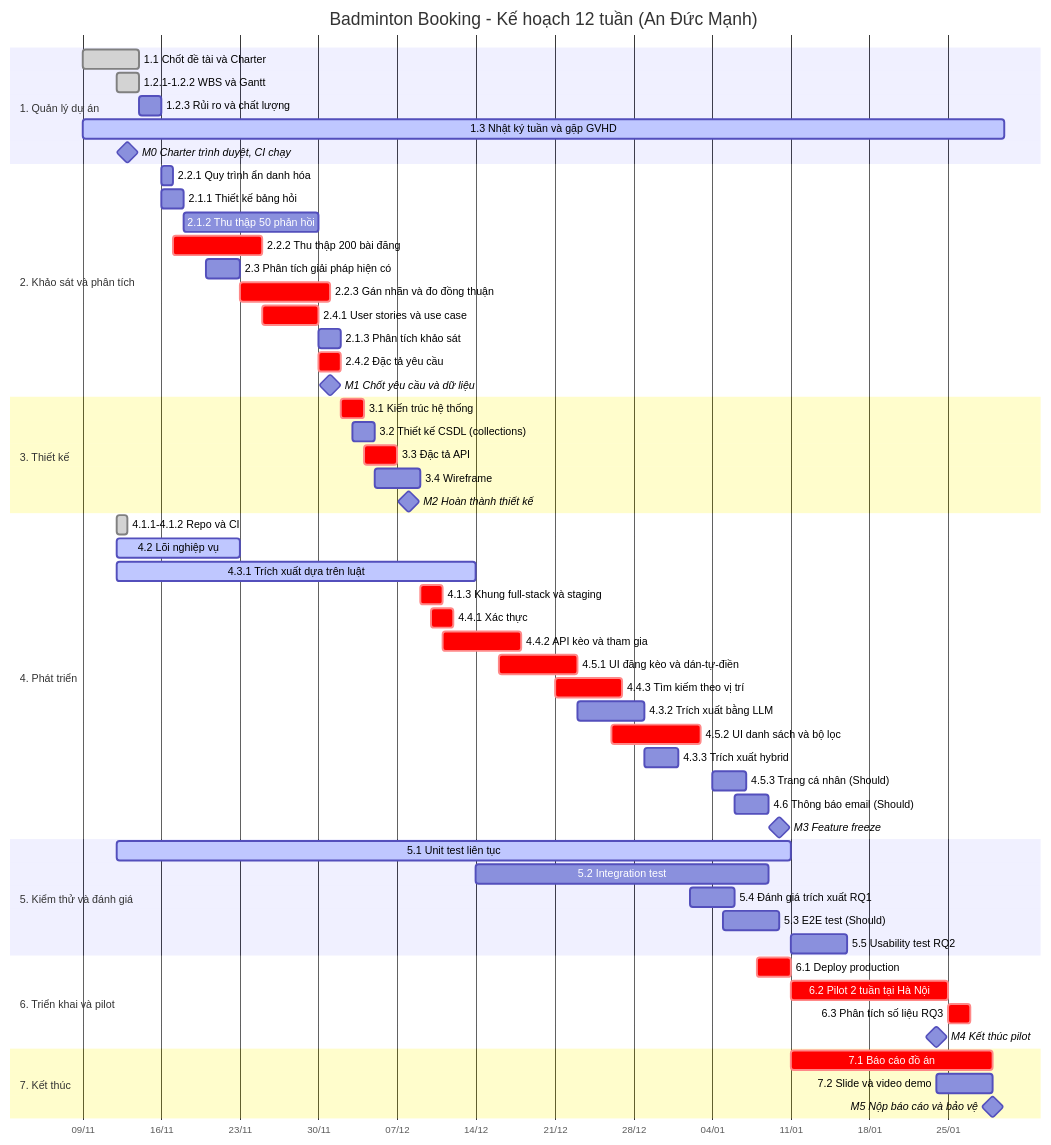
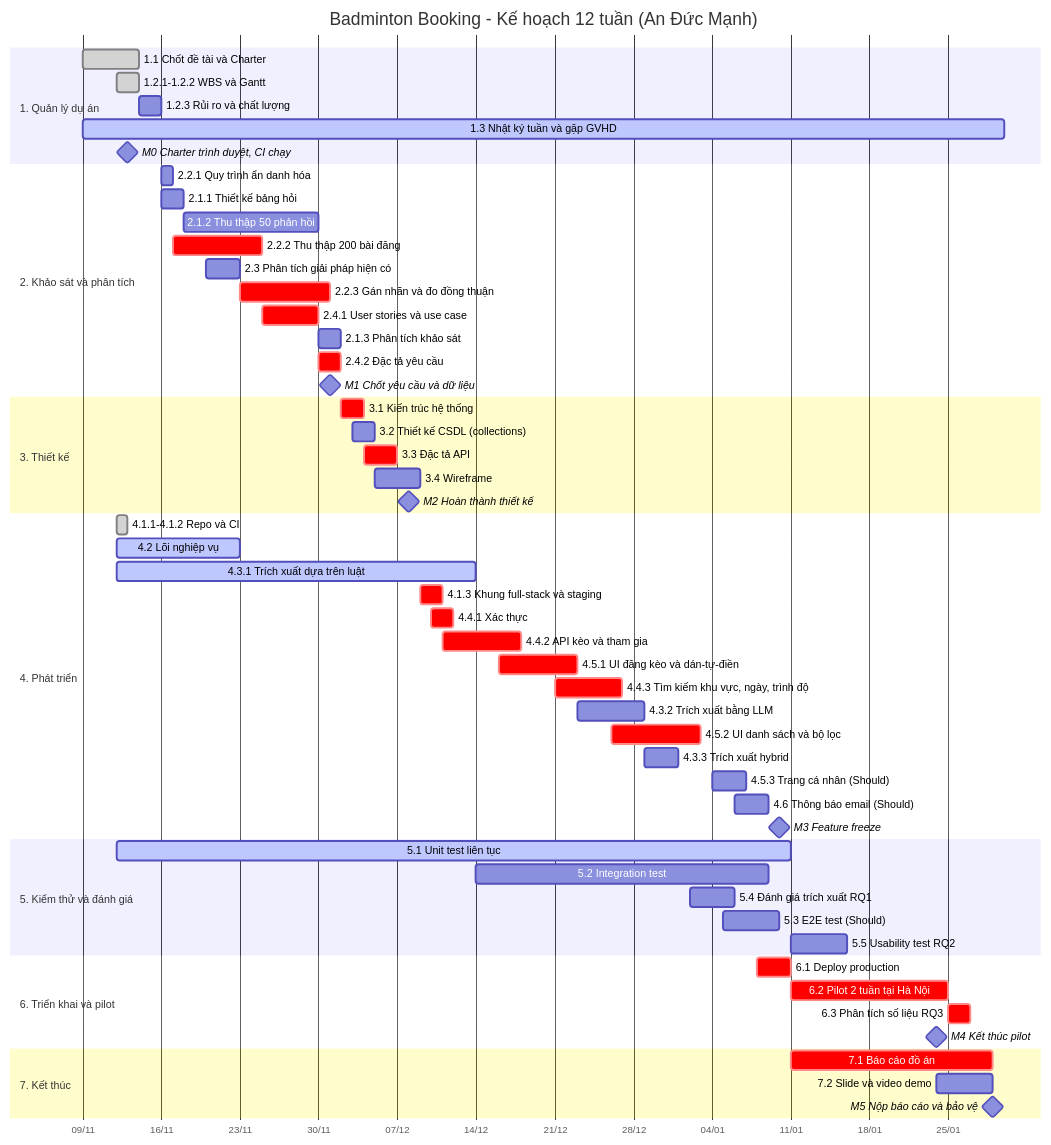
The diagram in docs/03-gantt.md (DucManh300905/Badminton-Matching), drawn with Mermaid before and after one commit. The commit also changed other lines of this file and 4 other files, not shown here.

Commit message:
docs: Gantt dang Excel, so do WBS draw.io

````diff
--- a/docs/03-gantt.md
+++ b/docs/03-gantt.md
@@ -10,68 +12,68 @@
 ```mermaid
 gantt
     title Badminton Booking - Kế hoạch 12 tuần (An Đức Mạnh)
     dateFormat YYYY-MM-DD
     axisFormat %d/%m
     tickInterval 1week
     weekday monday
 
     section 1. Quản lý dự án
     1.1 Chốt đề tài và Charter           :done,   t11,  2026-11-09, 5d
     1.2.1-1.2.2 WBS và Gantt             :done,   t122, 2026-11-12, 2d
     1.2.3 Rủi ro và chất lượng          :        t123, 2026-11-14, 2d
     1.3 Nhật ký tuần và gặp GVHD         :active, t13,  2026-11-09, 82d
     M0 Charter trình duyệt, CI chạy      :milestone, m0, 2026-11-13, 0d
 
     section 2. Khảo sát và phân tích
     2.2.1 Quy trình ẩn danh hóa          :        t221, 2026-11-16, 1d
     2.1.1 Thiết kế bảng hỏi              :        t211, 2026-11-16, 2d
     2.1.2 Thu thập 50 phản hồi           :        t212, 2026-11-18, 12d
     2.2.2 Thu thập 200 bài đăng          :crit,   t222, 2026-11-17, 8d
     2.3 Phân tích giải pháp hiện có      :        t23,  2026-11-20, 3d
     2.2.3 Gán nhãn và đo đồng thuận      :crit,   t223, 2026-11-23, 8d
     2.4.1 User stories và use case       :crit,   t241, 2026-11-25, 5d
     2.1.3 Phân tích khảo sát             :        t213, 2026-11-30, 2d
     2.4.2 Đặc tả yêu cầu                 :crit,   t242, 2026-11-30, 2d
     M1 Chốt yêu cầu và dữ liệu           :milestone, m1, 2026-12-01, 0d
 
     section 3. Thiết kế
     3.1 Kiến trúc hệ thống               :crit,   t31,  2026-12-02, 2d
     3.2 Thiết kế CSDL (collections)      :        t32,  2026-12-03, 2d
     3.3 Đặc tả API                       :crit,   t33,  2026-12-04, 3d
     3.4 Wireframe                        :        t34,  2026-12-05, 4d
     M2 Hoàn thành thiết kế               :milestone, m2, 2026-12-08, 0d
 
     section 4. Phát triển
     4.1.1-4.1.2 Repo và CI               :done,   t411, 2026-11-12, 1d
     4.2 Lõi nghiệp vụ                    :active, t42,  2026-11-12, 11d
     4.3.1 Trích xuất dựa trên luật       :active, t431, 2026-11-12, 32d
     4.1.3 Khung full-stack và staging    :crit,   t413, 2026-12-09, 2d
     4.4.1 Xác thực                       :crit,   t441, 2026-12-10, 2d
     4.4.2 API kèo và tham gia            :crit,   t442, 2026-12-11, 7d
     4.5.1 UI đăng kèo và dán-tự-điền     :crit,   t451, 2026-12-16, 7d
-    4.4.3 Tìm kiếm theo vị trí           :crit,   t443, 2026-12-21, 6d
+    4.4.3 Tìm kiếm khu vực, ngày, trình độ :crit,   t443, 2026-12-21, 6d
     4.3.2 Trích xuất bằng LLM            :        t432, 2026-12-23, 6d
     4.5.2 UI danh sách và bộ lọc         :crit,   t452, 2026-12-26, 8d
     4.3.3 Trích xuất hybrid              :        t433, 2026-12-29, 3d
     4.5.3 Trang cá nhân (Should)         :        t453, 2027-01-04, 3d
     4.6 Thông báo email (Should)         :        t46,  2027-01-06, 3d
     M3 Feature freeze                    :milestone, m3, 2027-01-10, 0d
 
     section 5. Kiểm thử và đánh giá
     5.1 Unit test liên tục               :active, t51,  2026-11-12, 60d
     5.2 Integration test                 :        t52,  2026-12-14, 26d
     5.4 Đánh giá trích xuất RQ1          :        t54,  2027-01-02, 4d
     5.3 E2E test (Should)                :        t53,  2027-01-05, 5d
     5.5 Usability test RQ2               :        t55,  2027-01-11, 5d
 
     section 6. Triển khai và pilot
     6.1 Deploy production                :crit,   t61,  2027-01-08, 3d
     6.2 Pilot 2 tuần tại Hà Nội          :crit,   t62,  2027-01-11, 14d
     6.3 Phân tích số liệu RQ3            :crit,   t63,  2027-01-25, 2d
     M4 Kết thúc pilot                    :milestone, m4, 2027-01-24, 0d
 
     section 7. Kết thúc
     7.1 Báo cáo đồ án                    :crit,   t71,  2027-01-11, 18d
     7.2 Slide và video demo              :        t72,  2027-01-24, 5d
     M5 Nộp báo cáo và bảo vệ             :milestone, m5, 2027-01-29, 0d
 ```
````
